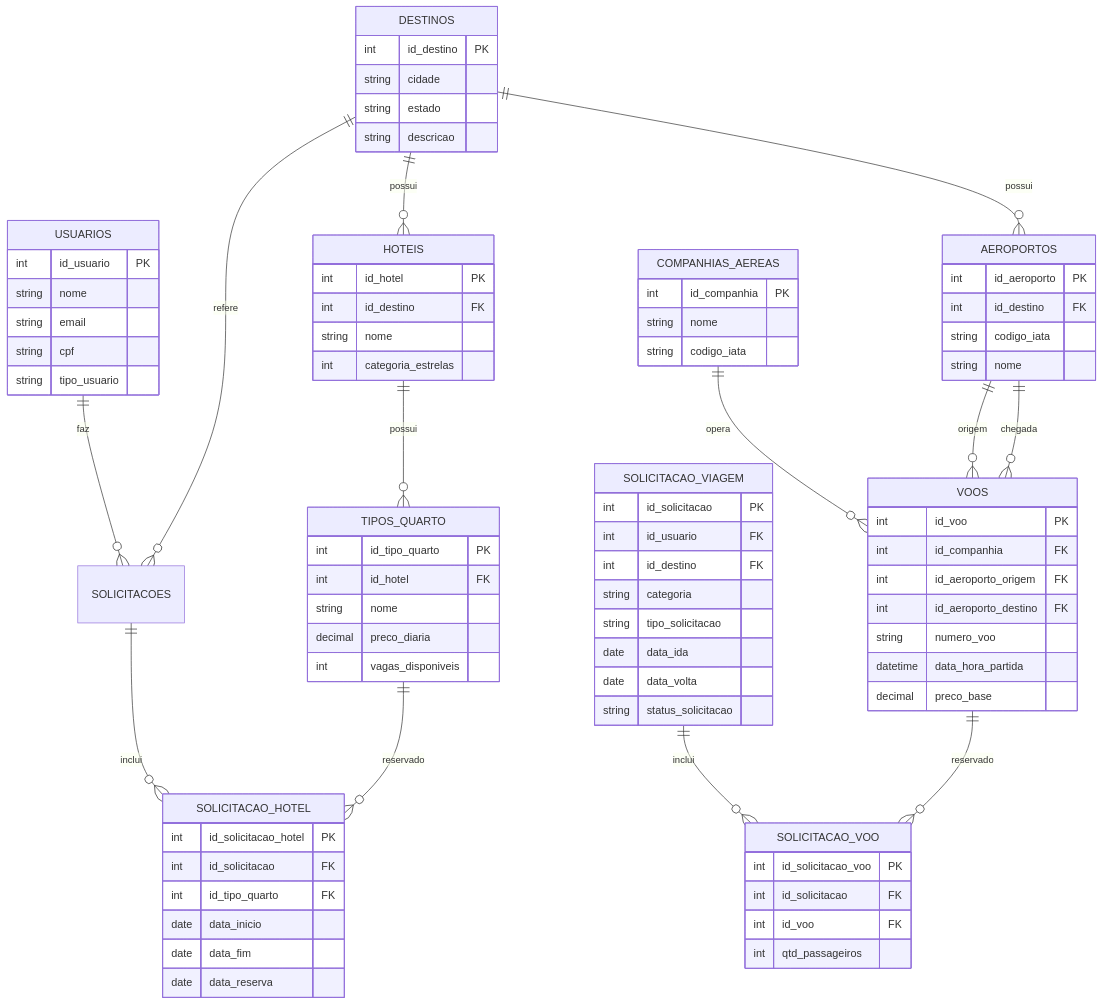
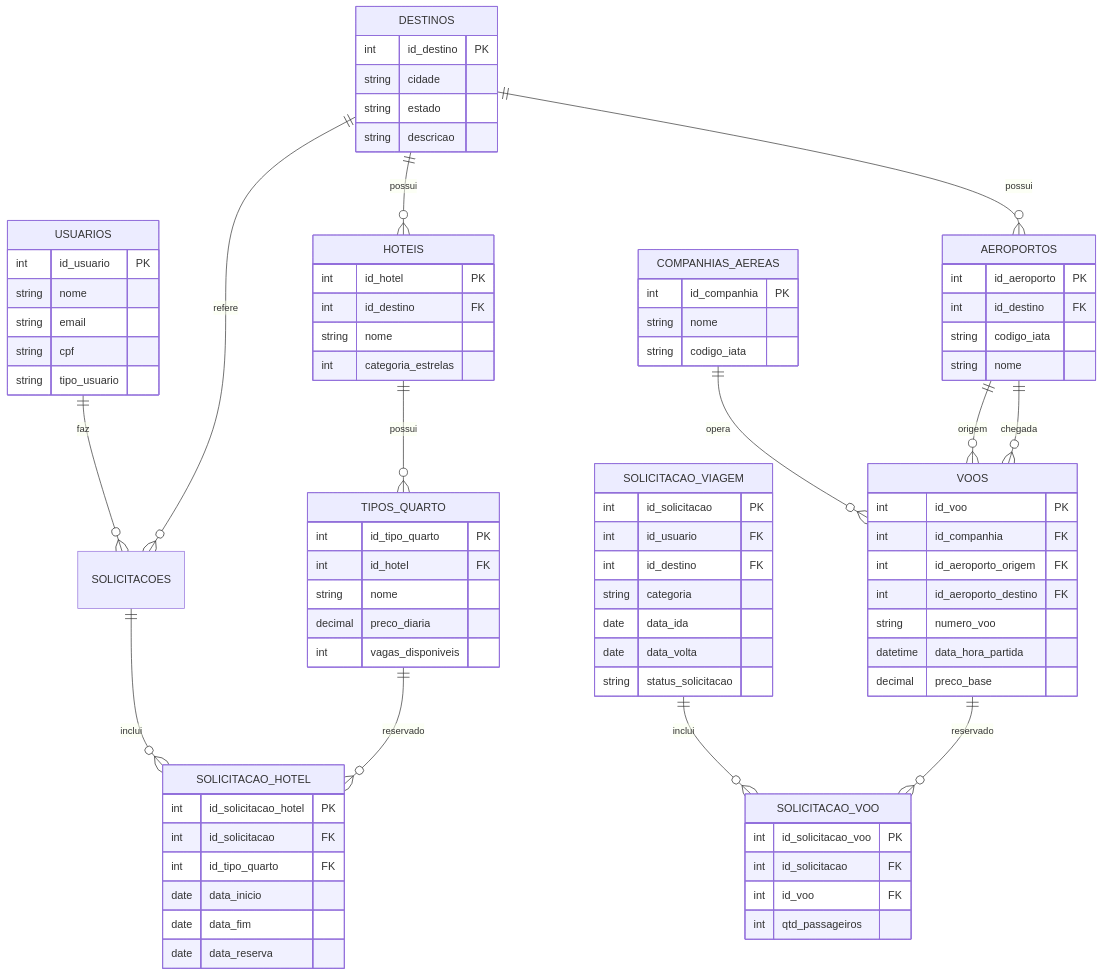
Before and after one commit to isadorapoliveira/BrasilTravel: the diagram in README.md, drawn with Mermaid.

```diff
--- a/README.md
+++ b/README.md
@@ -77,7 +77,6 @@
     int id_usuario FK
     int id_destino FK
     string categoria
-    string tipo_solicitacao
     date data_ida
     date data_volta
     string status_solicitacao
```
